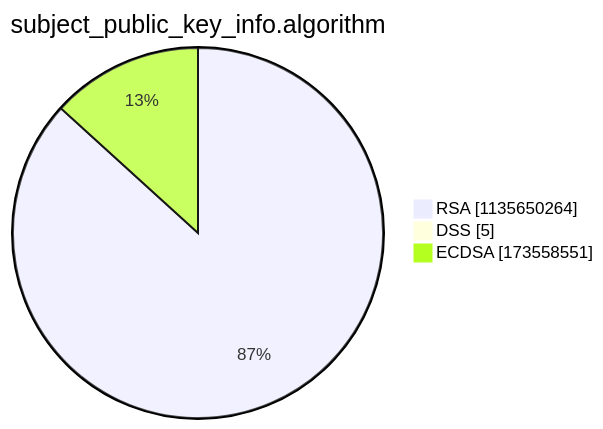
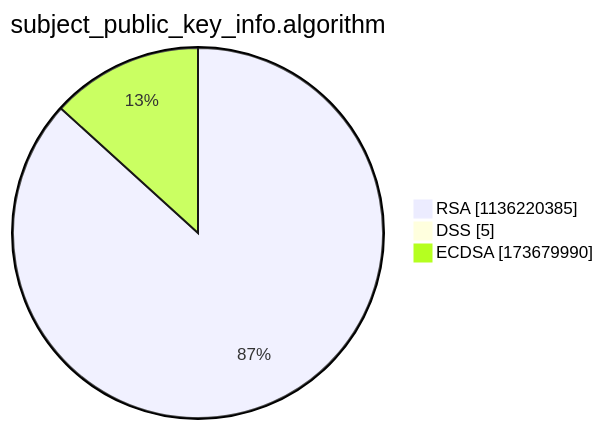
The third of 15 diagrams in argon2022/README.md (christiankrug/ctmonitor_visualization), drawn with Mermaid before and after one commit. The commit also changed other lines of this file, not shown here.

````diff
--- a/argon2022/README.md
+++ b/argon2022/README.md
@@ -14,7 +14,7 @@
 ```mermaid
 pie showData
 title subject_public_key_info.algorithm
-"RSA" :1135650264
+"RSA" :1136220385
 "DSS" :5
-"ECDSA" :173558551
+"ECDSA" :173679990
 ```
````
